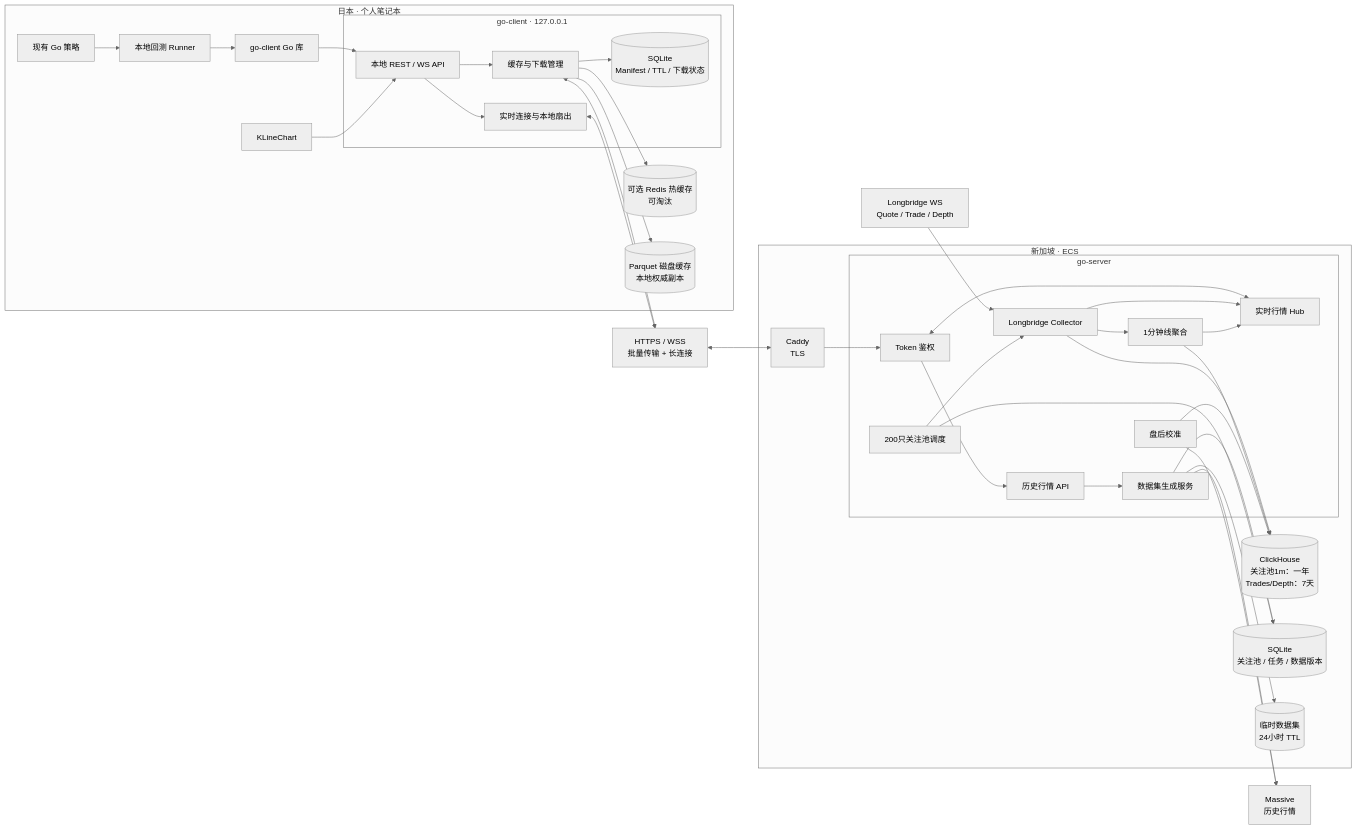
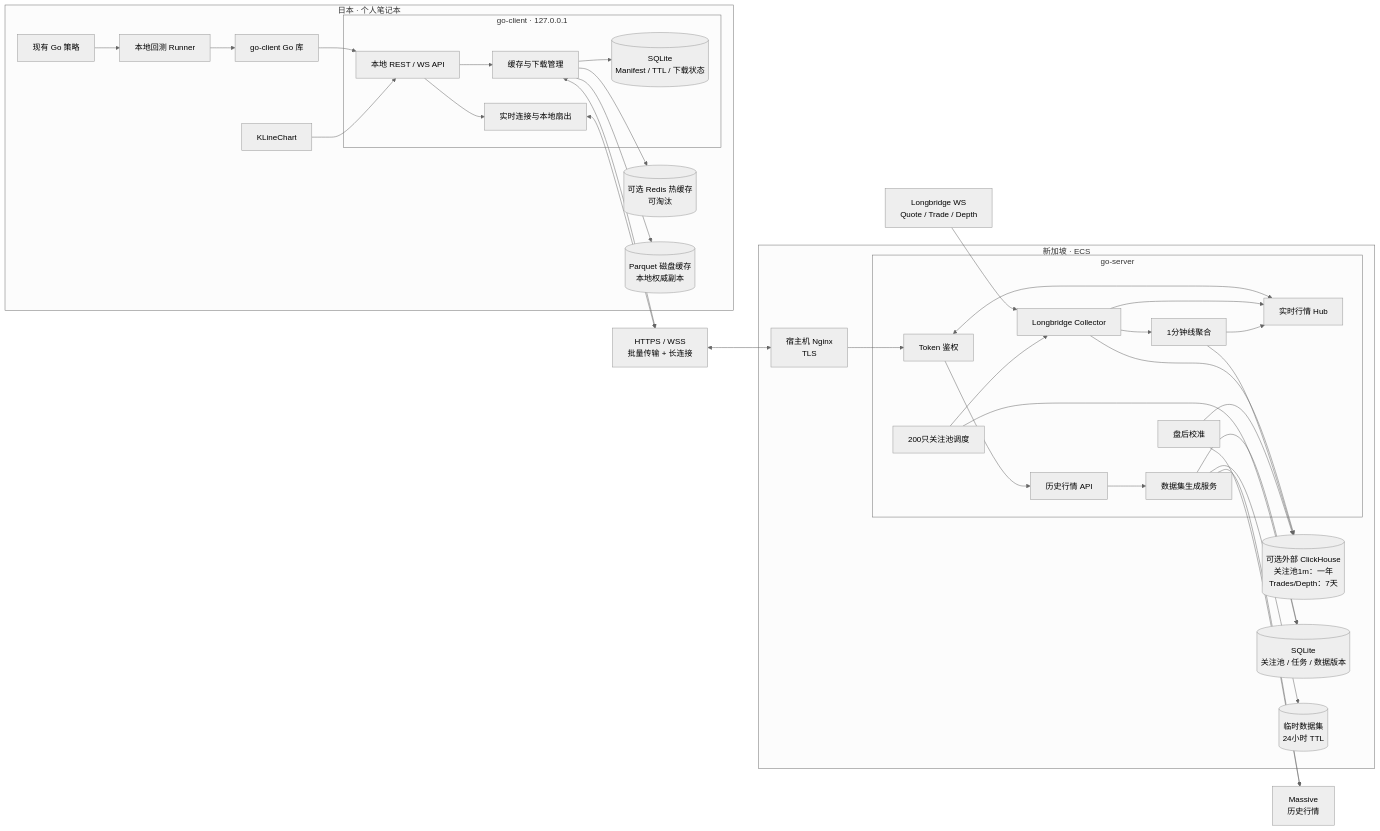
One commit to scott4game/market-bridge changed the first of 2 diagrams in docs/architecture-plan.md. Above: the diagram before and after it, drawn with Mermaid (neutral theme). The commit also changed other lines of this file and 23 other files, not shown here.

````diff
--- a/docs/architecture-plan.md
+++ b/docs/architecture-plan.md
@@ -22,77 +22,77 @@
 ```mermaid
 flowchart LR
     subgraph Japan["日本 · 个人笔记本"]
         Strategies["现有 Go 策略"]
         Runner["本地回测 Runner"]
         GoLib["go-client Go 库"]
         Chart["KLineChart"]
 
         subgraph LocalService["go-client · 127.0.0.1"]
             LocalAPI["本地 REST / WS API"]
             CacheManager["缓存与下载管理"]
             LiveProxy["实时连接与本地扇出"]
             LocalMeta[("SQLite<br/>Manifest / TTL / 下载状态")]
         end
 
         Redis[("可选 Redis 热缓存<br/>可淘汰")]
         Parquet[("Parquet 磁盘缓存<br/>本地权威副本")]
 
         Strategies --> Runner
         Runner --> GoLib
         GoLib --> LocalAPI
         Chart --> LocalAPI
         LocalAPI --> CacheManager
         LocalAPI --> LiveProxy
         CacheManager --> Redis
         CacheManager --> Parquet
         CacheManager --> LocalMeta
     end
 
     Internet["HTTPS / WSS<br/>批量传输 + 长连接"]
 
     subgraph Singapore["新加坡 · ECS"]
-        Gateway["Caddy<br/>TLS"]
+        Gateway["宿主机 Nginx<br/>TLS"]
 
         subgraph Server["go-server"]
             API["历史行情 API"]
             Dataset["数据集生成服务"]
             Live["实时行情 Hub"]
             Auth["Token 鉴权"]
             LB["Longbridge Collector"]
             Bars["1分钟线聚合"]
             Watchlist["200只关注池调度"]
             Reconcile["盘后校准"]
         end
 
-        CK[("ClickHouse<br/>关注池1m：一年<br/>Trades/Depth：7天")]
+        CK[("可选外部 ClickHouse<br/>关注池1m：一年<br/>Trades/Depth：7天")]
         Meta[("SQLite<br/>关注池 / 任务 / 数据版本")]
         Temp[("临时数据集<br/>24小时 TTL")]
     end
 
     Massive["Massive<br/>历史行情"]
     Longbridge["Longbridge WS<br/>Quote / Trade / Depth"]
 
     CacheManager <--> Internet
     LiveProxy <--> Internet
     Internet <--> Gateway
     Gateway --> Auth
     Auth --> API
     Auth <--> Live
 
     API --> Dataset
     Dataset --> Massive
     Dataset --> Temp
     Dataset --> Meta
 
     Longbridge --> LB
     LB --> Bars
     LB --> CK
     LB --> Live
     Bars --> CK
     Bars --> Live
 
     Watchlist --> Meta
     Watchlist --> LB
     Reconcile --> Massive
     Reconcile --> CK
 ```
````
